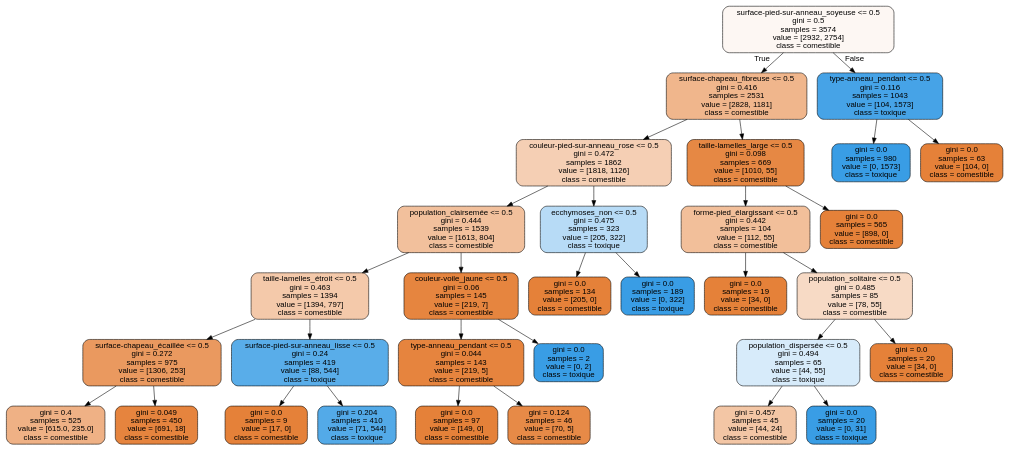
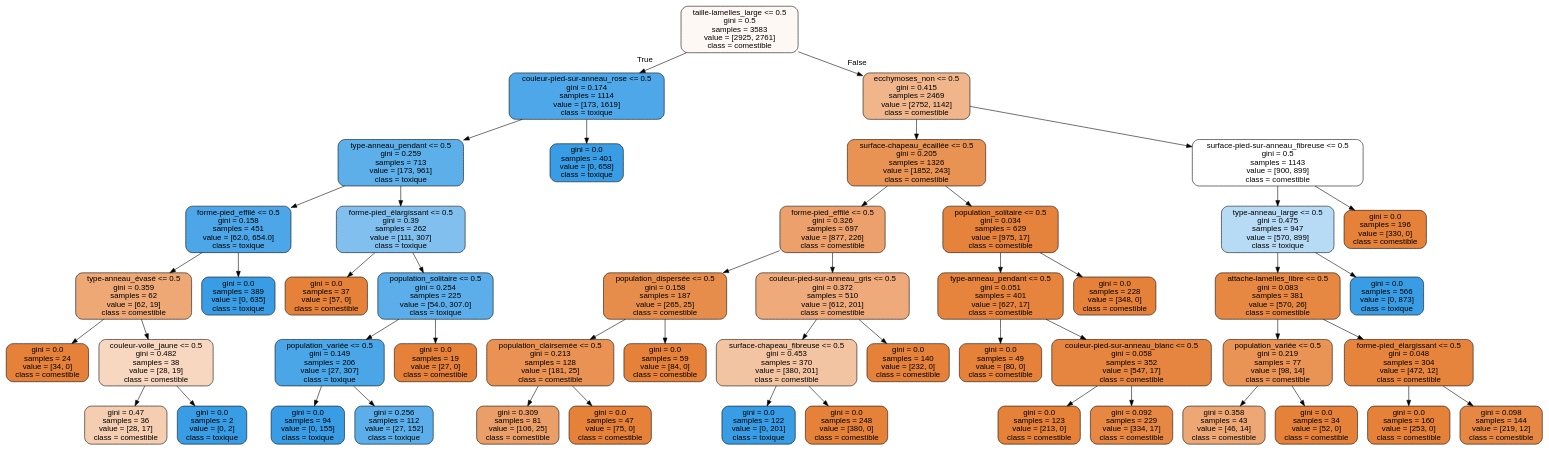
Before and after one commit to Laurent-Pa/DataScience-MachineLearning: the diagram in TP/mushroom_tree_1.dot, drawn with Graphviz. The commit also changed 6 other files, not shown here.

```diff
--- a/TP/mushroom_tree_1.dot
+++ b/TP/mushroom_tree_1.dot
@@ -1,65 +1,101 @@
 digraph Tree {
 node [shape=box, style="filled, rounded", color="black", fontname="helvetica"] ;
 edge [fontname="helvetica"] ;
-0 [label="surface-pied-sur-anneau_soyeuse <= 0.5\ngini = 0.5\nsamples = 3574\nvalue = [2932, 2754]\nclass = comestible", fillcolor="#fdf7f3"] ;
-1 [label="surface-chapeau_fibreuse <= 0.5\ngini = 0.416\nsamples = 2531\nvalue = [2828, 1181]\nclass = comestible", fillcolor="#f0b68c"] ;
+0 [label="taille-lamelles_large <= 0.5\ngini = 0.5\nsamples = 3583\nvalue = [2925, 2761]\nclass = comestible", fillcolor="#fef8f4"] ;
+1 [label="couleur-pied-sur-anneau_rose <= 0.5\ngini = 0.174\nsamples = 1114\nvalue = [173, 1619]\nclass = toxique", fillcolor="#4ea7e8"] ;
 0 -> 1 [labeldistance=2.5, labelangle=45, headlabel="True"] ;
-2 [label="couleur-pied-sur-anneau_rose <= 0.5\ngini = 0.472\nsamples = 1862\nvalue = [1818, 1126]\nclass = comestible", fillcolor="#f5cfb4"] ;
+2 [label="type-anneau_pendant <= 0.5\ngini = 0.259\nsamples = 713\nvalue = [173, 961]\nclass = toxique", fillcolor="#5dafea"] ;
 1 -> 2 ;
-3 [label="population_clairsemée <= 0.5\ngini = 0.444\nsamples = 1539\nvalue = [1613, 804]\nclass = comestible", fillcolor="#f2c09c"] ;
+3 [label="forme-pied_effilé <= 0.5\ngini = 0.158\nsamples = 451\nvalue = [62.0, 654.0]\nclass = toxique", fillcolor="#4ca6e7"] ;
 2 -> 3 ;
-4 [label="taille-lamelles_étroit <= 0.5\ngini = 0.463\nsamples = 1394\nvalue = [1394, 797]\nclass = comestible", fillcolor="#f4c9aa"] ;
+4 [label="type-anneau_évasé <= 0.5\ngini = 0.359\nsamples = 62\nvalue = [62, 19]\nclass = comestible", fillcolor="#eda876"] ;
 3 -> 4 ;
-5 [label="surface-chapeau_écaillée <= 0.5\ngini = 0.272\nsamples = 975\nvalue = [1306, 253]\nclass = comestible", fillcolor="#ea995f"] ;
+5 [label="gini = 0.0\nsamples = 24\nvalue = [34, 0]\nclass = comestible", fillcolor="#e58139"] ;
 4 -> 5 ;
-6 [label="gini = 0.4\nsamples = 525\nvalue = [615.0, 235.0]\nclass = comestible", fillcolor="#efb185"] ;
-5 -> 6 ;
-7 [label="gini = 0.049\nsamples = 450\nvalue = [691, 18]\nclass = comestible", fillcolor="#e6843e"] ;
-5 -> 7 ;
-8 [label="surface-pied-sur-anneau_lisse <= 0.5\ngini = 0.24\nsamples = 419\nvalue = [88, 544]\nclass = toxique", fillcolor="#59ade9"] ;
-4 -> 8 ;
-9 [label="gini = 0.0\nsamples = 9\nvalue = [17, 0]\nclass = comestible", fillcolor="#e58139"] ;
-8 -> 9 ;
-10 [label="gini = 0.204\nsamples = 410\nvalue = [71, 544]\nclass = toxique", fillcolor="#53aae8"] ;
-8 -> 10 ;
-11 [label="couleur-voile_jaune <= 0.5\ngini = 0.06\nsamples = 145\nvalue = [219, 7]\nclass = comestible", fillcolor="#e6853f"] ;
-3 -> 11 ;
-12 [label="type-anneau_pendant <= 0.5\ngini = 0.044\nsamples = 143\nvalue = [219, 5]\nclass = comestible", fillcolor="#e6843e"] ;
-11 -> 12 ;
-13 [label="gini = 0.0\nsamples = 97\nvalue = [149, 0]\nclass = comestible", fillcolor="#e58139"] ;
+6 [label="couleur-voile_jaune <= 0.5\ngini = 0.482\nsamples = 38\nvalue = [28, 19]\nclass = comestible", fillcolor="#f7d7bf"] ;
+4 -> 6 ;
+7 [label="gini = 0.47\nsamples = 36\nvalue = [28, 17]\nclass = comestible", fillcolor="#f5ceb1"] ;
+6 -> 7 ;
+8 [label="gini = 0.0\nsamples = 2\nvalue = [0, 2]\nclass = toxique", fillcolor="#399de5"] ;
+6 -> 8 ;
+9 [label="gini = 0.0\nsamples = 389\nvalue = [0, 635]\nclass = toxique", fillcolor="#399de5"] ;
+3 -> 9 ;
+10 [label="forme-pied_élargissant <= 0.5\ngini = 0.39\nsamples = 262\nvalue = [111, 307]\nclass = toxique", fillcolor="#81c0ee"] ;
+2 -> 10 ;
+11 [label="gini = 0.0\nsamples = 37\nvalue = [57, 0]\nclass = comestible", fillcolor="#e58139"] ;
+10 -> 11 ;
+12 [label="population_solitaire <= 0.5\ngini = 0.254\nsamples = 225\nvalue = [54.0, 307.0]\nclass = toxique", fillcolor="#5caeea"] ;
+10 -> 12 ;
+13 [label="population_variée <= 0.5\ngini = 0.149\nsamples = 206\nvalue = [27, 307]\nclass = toxique", fillcolor="#4aa6e7"] ;
 12 -> 13 ;
-14 [label="gini = 0.124\nsamples = 46\nvalue = [70, 5]\nclass = comestible", fillcolor="#e78a47"] ;
-12 -> 14 ;
-15 [label="gini = 0.0\nsamples = 2\nvalue = [0, 2]\nclass = toxique", fillcolor="#399de5"] ;
-11 -> 15 ;
-16 [label="ecchymoses_non <= 0.5\ngini = 0.475\nsamples = 323\nvalue = [205, 322]\nclass = toxique", fillcolor="#b7dbf6"] ;
-2 -> 16 ;
-17 [label="gini = 0.0\nsamples = 134\nvalue = [205, 0]\nclass = comestible", fillcolor="#e58139"] ;
-16 -> 17 ;
-18 [label="gini = 0.0\nsamples = 189\nvalue = [0, 322]\nclass = toxique", fillcolor="#399de5"] ;
-16 -> 18 ;
-19 [label="taille-lamelles_large <= 0.5\ngini = 0.098\nsamples = 669\nvalue = [1010, 55]\nclass = comestible", fillcolor="#e68844"] ;
-1 -> 19 ;
-20 [label="forme-pied_élargissant <= 0.5\ngini = 0.442\nsamples = 104\nvalue = [112, 55]\nclass = comestible", fillcolor="#f2bf9a"] ;
+14 [label="gini = 0.0\nsamples = 94\nvalue = [0, 155]\nclass = toxique", fillcolor="#399de5"] ;
+13 -> 14 ;
+15 [label="gini = 0.256\nsamples = 112\nvalue = [27, 152]\nclass = toxique", fillcolor="#5caeea"] ;
+13 -> 15 ;
+16 [label="gini = 0.0\nsamples = 19\nvalue = [27, 0]\nclass = comestible", fillcolor="#e58139"] ;
+12 -> 16 ;
+17 [label="gini = 0.0\nsamples = 401\nvalue = [0, 658]\nclass = toxique", fillcolor="#399de5"] ;
+1 -> 17 ;
+18 [label="ecchymoses_non <= 0.5\ngini = 0.415\nsamples = 2469\nvalue = [2752, 1142]\nclass = comestible", fillcolor="#f0b58b"] ;
+0 -> 18 [labeldistance=2.5, labelangle=-45, headlabel="False"] ;
+19 [label="surface-chapeau_écaillée <= 0.5\ngini = 0.205\nsamples = 1326\nvalue = [1852, 243]\nclass = comestible", fillcolor="#e89253"] ;
+18 -> 19 ;
+20 [label="forme-pied_effilé <= 0.5\ngini = 0.326\nsamples = 697\nvalue = [877, 226]\nclass = comestible", fillcolor="#eca16c"] ;
 19 -> 20 ;
-21 [label="gini = 0.0\nsamples = 19\nvalue = [34, 0]\nclass = comestible", fillcolor="#e58139"] ;
+21 [label="population_dispersée <= 0.5\ngini = 0.158\nsamples = 187\nvalue = [265, 25]\nclass = comestible", fillcolor="#e78d4c"] ;
 20 -> 21 ;
-22 [label="population_solitaire <= 0.5\ngini = 0.485\nsamples = 85\nvalue = [78, 55]\nclass = comestible", fillcolor="#f7dac5"] ;
-20 -> 22 ;
-23 [label="population_dispersée <= 0.5\ngini = 0.494\nsamples = 65\nvalue = [44, 55]\nclass = toxique", fillcolor="#d7ebfa"] ;
+22 [label="population_clairsemée <= 0.5\ngini = 0.213\nsamples = 128\nvalue = [181, 25]\nclass = comestible", fillcolor="#e99254"] ;
+21 -> 22 ;
+23 [label="gini = 0.309\nsamples = 81\nvalue = [106, 25]\nclass = comestible", fillcolor="#eb9f68"] ;
 22 -> 23 ;
-24 [label="gini = 0.457\nsamples = 45\nvalue = [44, 24]\nclass = comestible", fillcolor="#f3c6a5"] ;
-23 -> 24 ;
-25 [label="gini = 0.0\nsamples = 20\nvalue = [0, 31]\nclass = toxique", fillcolor="#399de5"] ;
-23 -> 25 ;
-26 [label="gini = 0.0\nsamples = 20\nvalue = [34, 0]\nclass = comestible", fillcolor="#e58139"] ;
-22 -> 26 ;
-27 [label="gini = 0.0\nsamples = 565\nvalue = [898, 0]\nclass = comestible", fillcolor="#e58139"] ;
-19 -> 27 ;
-28 [label="type-anneau_pendant <= 0.5\ngini = 0.116\nsamples = 1043\nvalue = [104, 1573]\nclass = toxique", fillcolor="#46a3e7"] ;
-0 -> 28 [labeldistance=2.5, labelangle=-45, headlabel="False"] ;
-29 [label="gini = 0.0\nsamples = 980\nvalue = [0, 1573]\nclass = toxique", fillcolor="#399de5"] ;
-28 -> 29 ;
-30 [label="gini = 0.0\nsamples = 63\nvalue = [104, 0]\nclass = comestible", fillcolor="#e58139"] ;
-28 -> 30 ;
+24 [label="gini = 0.0\nsamples = 47\nvalue = [75, 0]\nclass = comestible", fillcolor="#e58139"] ;
+22 -> 24 ;
+25 [label="gini = 0.0\nsamples = 59\nvalue = [84, 0]\nclass = comestible", fillcolor="#e58139"] ;
+21 -> 25 ;
+26 [label="couleur-pied-sur-anneau_gris <= 0.5\ngini = 0.372\nsamples = 510\nvalue = [612, 201]\nclass = comestible", fillcolor="#eeaa7a"] ;
+20 -> 26 ;
+27 [label="surface-chapeau_fibreuse <= 0.5\ngini = 0.453\nsamples = 370\nvalue = [380, 201]\nclass = comestible", fillcolor="#f3c4a2"] ;
+26 -> 27 ;
+28 [label="gini = 0.0\nsamples = 122\nvalue = [0, 201]\nclass = toxique", fillcolor="#399de5"] ;
+27 -> 28 ;
+29 [label="gini = 0.0\nsamples = 248\nvalue = [380, 0]\nclass = comestible", fillcolor="#e58139"] ;
+27 -> 29 ;
+30 [label="gini = 0.0\nsamples = 140\nvalue = [232, 0]\nclass = comestible", fillcolor="#e58139"] ;
+26 -> 30 ;
+31 [label="population_solitaire <= 0.5\ngini = 0.034\nsamples = 629\nvalue = [975, 17]\nclass = comestible", fillcolor="#e5833c"] ;
+19 -> 31 ;
+32 [label="type-anneau_pendant <= 0.5\ngini = 0.051\nsamples = 401\nvalue = [627, 17]\nclass = comestible", fillcolor="#e6843e"] ;
+31 -> 32 ;
+33 [label="gini = 0.0\nsamples = 49\nvalue = [80, 0]\nclass = comestible", fillcolor="#e58139"] ;
+32 -> 33 ;
+34 [label="couleur-pied-sur-anneau_blanc <= 0.5\ngini = 0.058\nsamples = 352\nvalue = [547, 17]\nclass = comestible", fillcolor="#e6853f"] ;
+32 -> 34 ;
+35 [label="gini = 0.0\nsamples = 123\nvalue = [213, 0]\nclass = comestible", fillcolor="#e58139"] ;
+34 -> 35 ;
+36 [label="gini = 0.092\nsamples = 229\nvalue = [334, 17]\nclass = comestible", fillcolor="#e68743"] ;
+34 -> 36 ;
+37 [label="gini = 0.0\nsamples = 228\nvalue = [348, 0]\nclass = comestible", fillcolor="#e58139"] ;
+31 -> 37 ;
+38 [label="surface-pied-sur-anneau_fibreuse <= 0.5\ngini = 0.5\nsamples = 1143\nvalue = [900, 899]\nclass = comestible", fillcolor="#ffffff"] ;
+18 -> 38 ;
+39 [label="type-anneau_large <= 0.5\ngini = 0.475\nsamples = 947\nvalue = [570, 899]\nclass = toxique", fillcolor="#b7dbf5"] ;
+38 -> 39 ;
+40 [label="attache-lamelles_libre <= 0.5\ngini = 0.083\nsamples = 381\nvalue = [570, 26]\nclass = comestible", fillcolor="#e68742"] ;
+39 -> 40 ;
+41 [label="population_variée <= 0.5\ngini = 0.219\nsamples = 77\nvalue = [98, 14]\nclass = comestible", fillcolor="#e99355"] ;
+40 -> 41 ;
+42 [label="gini = 0.358\nsamples = 43\nvalue = [46, 14]\nclass = comestible", fillcolor="#eda775"] ;
+41 -> 42 ;
+43 [label="gini = 0.0\nsamples = 34\nvalue = [52, 0]\nclass = comestible", fillcolor="#e58139"] ;
+41 -> 43 ;
+44 [label="forme-pied_élargissant <= 0.5\ngini = 0.048\nsamples = 304\nvalue = [472, 12]\nclass = comestible", fillcolor="#e6843e"] ;
+40 -> 44 ;
+45 [label="gini = 0.0\nsamples = 160\nvalue = [253, 0]\nclass = comestible", fillcolor="#e58139"] ;
+44 -> 45 ;
+46 [label="gini = 0.098\nsamples = 144\nvalue = [219, 12]\nclass = comestible", fillcolor="#e68844"] ;
+44 -> 46 ;
+47 [label="gini = 0.0\nsamples = 566\nvalue = [0, 873]\nclass = toxique", fillcolor="#399de5"] ;
+39 -> 47 ;
+48 [label="gini = 0.0\nsamples = 196\nvalue = [330, 0]\nclass = comestible", fillcolor="#e58139"] ;
+38 -> 48 ;
 }
```
